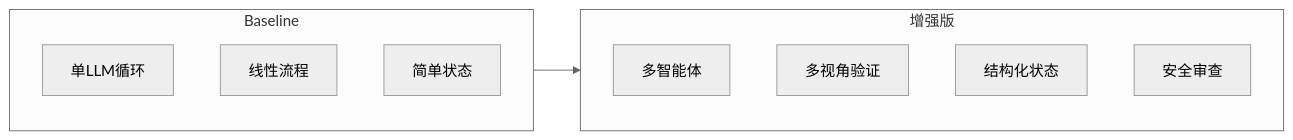
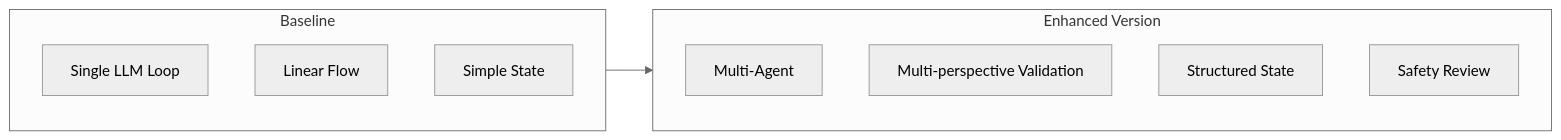
Before and after one commit to G1en-114/yixiao: the sixth of 6 diagrams in docs_architecture.md, drawn with Mermaid (neutral theme). The commit also changed other lines of this file and 90 other files, not shown here.

````diff
--- a/docs_architecture.md
+++ b/docs_architecture.md
@@ -195,17 +194,17 @@
 ```mermaid
 flowchart LR
     subgraph BASE["Baseline"]
-        B1["单LLM循环"]
-        B2["线性流程"]
-        B3["简单状态"]
+        B1["Single LLM Loop"]
+        B2["Linear Flow"]
+        B3["Simple State"]
     end
 
-    subgraph ENH["增强版"]
-        E1["多智能体"]
-        E2["多视角验证"]
-        E3["结构化状态"]
-        E4["安全审查"]
+    subgraph ENH["Enhanced Version"]
+        E1["Multi-Agent"]
+        E2["Multi-perspective Validation"]
+        E3["Structured State"]
+        E4["Safety Review"]
     end
 
     BASE --> ENH
 ```
````
